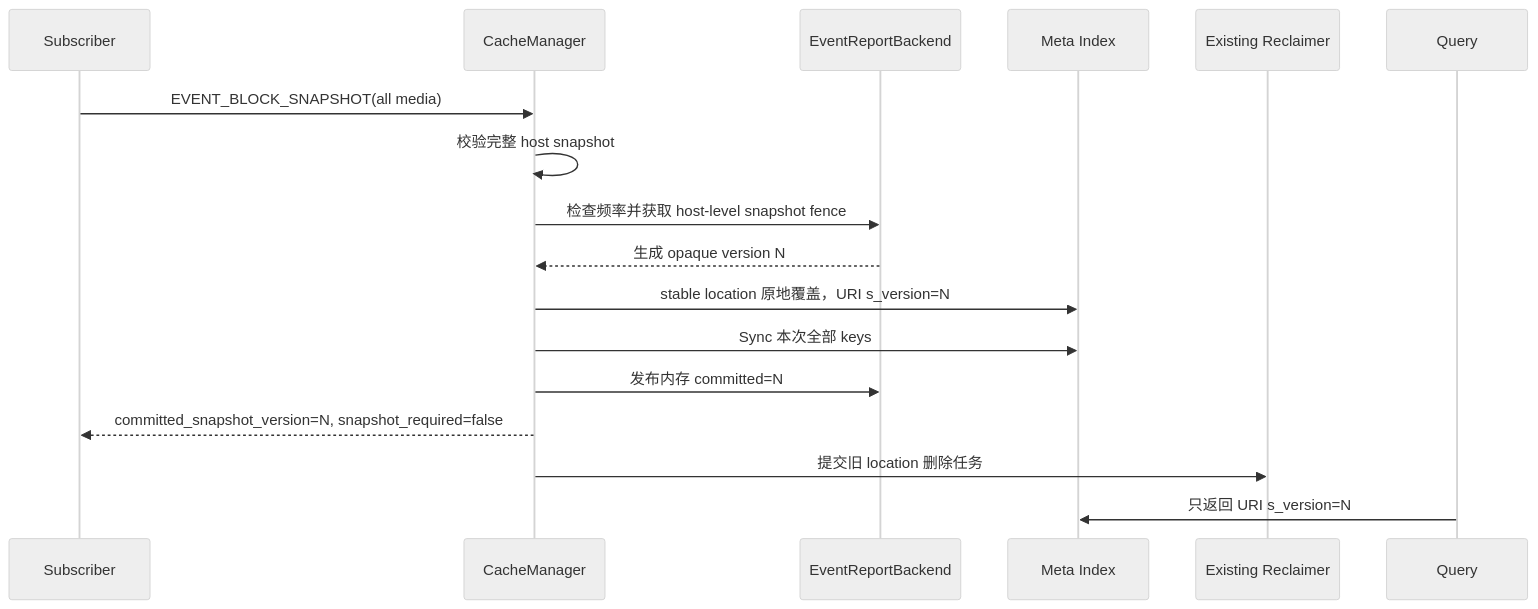
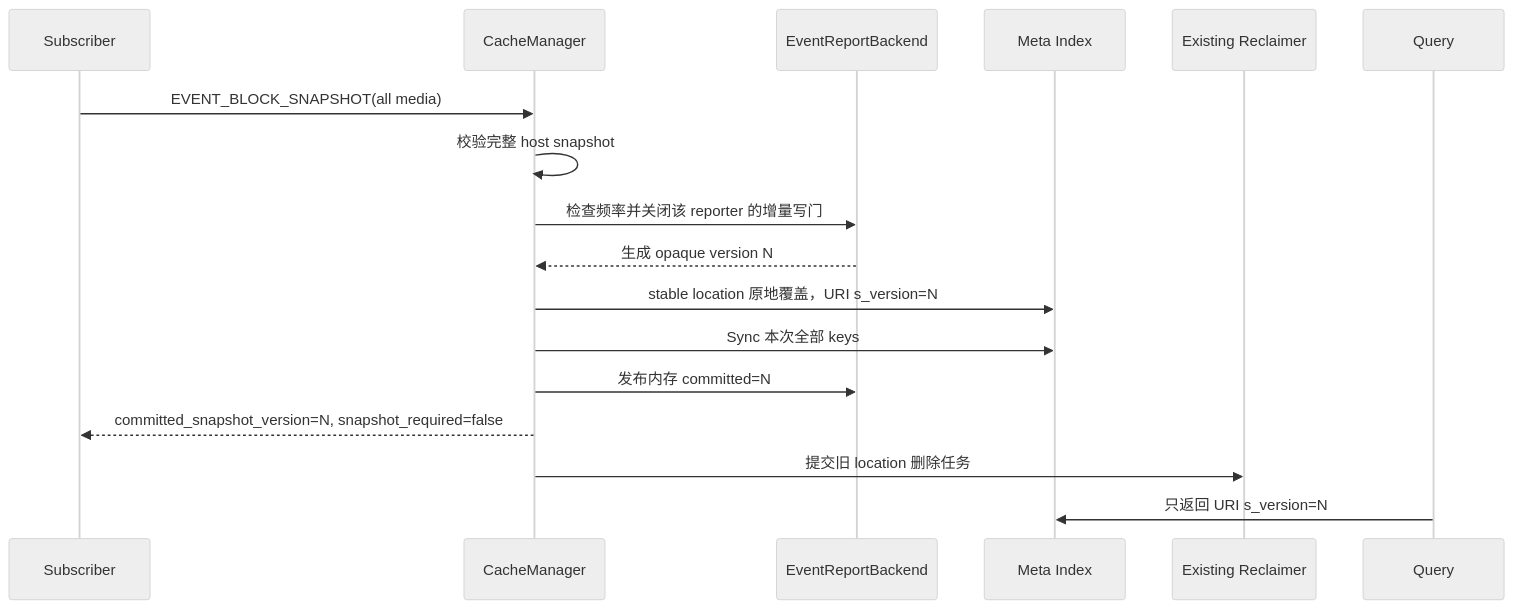
Before and after one commit to putaopi7/tair-kvcache: the second of 2 diagrams in docs/design/report_event_snapshot_uri_version.md, drawn with Mermaid (neutral theme). The commit also changed other lines of this file and 19 other files, not shown here.

````diff
--- a/docs/design/report_event_snapshot_uri_version.md
+++ b/docs/design/report_event_snapshot_uri_version.md
@@ -326,20 +288,20 @@
 ```mermaid
 sequenceDiagram
     participant S as Subscriber
     participant C as CacheManager
     participant E as EventReportBackend
     participant M as Meta Index
     participant R as Existing Reclaimer
     participant Q as Query
 
     S->>C: EVENT_BLOCK_SNAPSHOT(all media)
     C->>C: 校验完整 host snapshot
-    C->>E: 检查频率并获取 host-level snapshot fence
+    C->>E: 检查频率并关闭该 reporter 的增量写门
     E-->>C: 生成 opaque version N
     C->>M: stable location 原地覆盖，URI s_version=N
     C->>M: Sync 本次全部 keys
     C->>E: 发布内存 committed=N
     C-->>S: committed_snapshot_version=N, snapshot_required=false
     C->>R: 提交旧 location 删除任务
     Q->>M: 只返回 URI s_version=N
 ```
````
